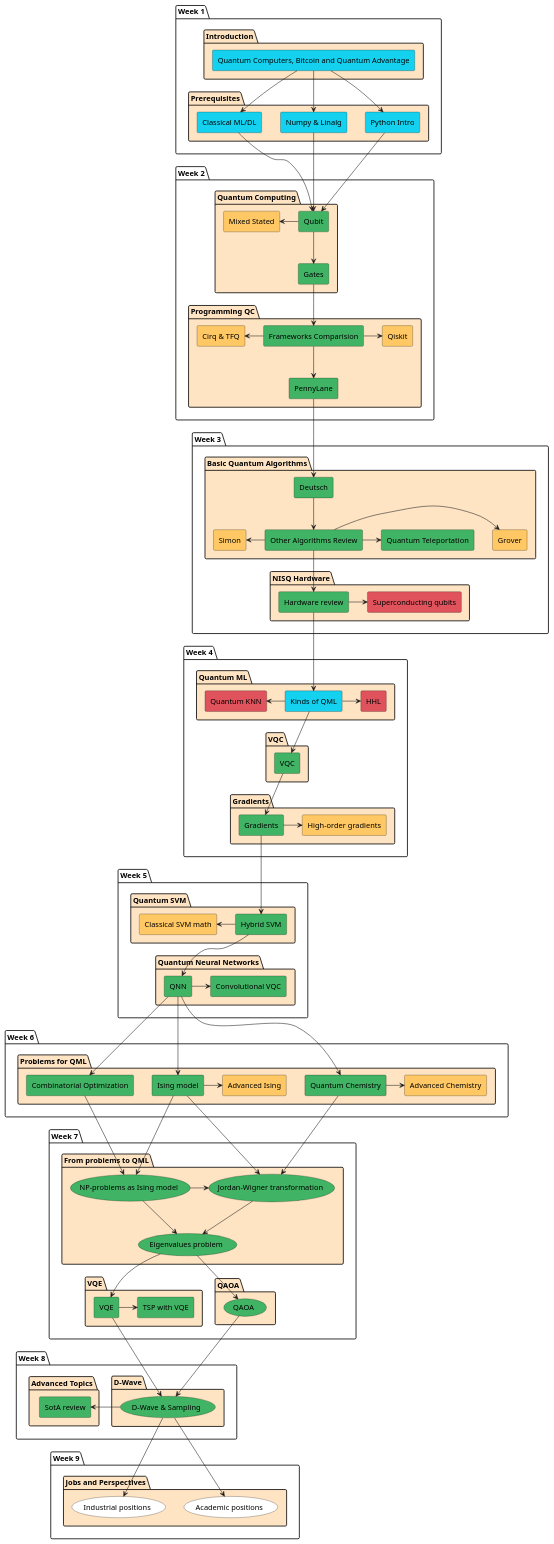
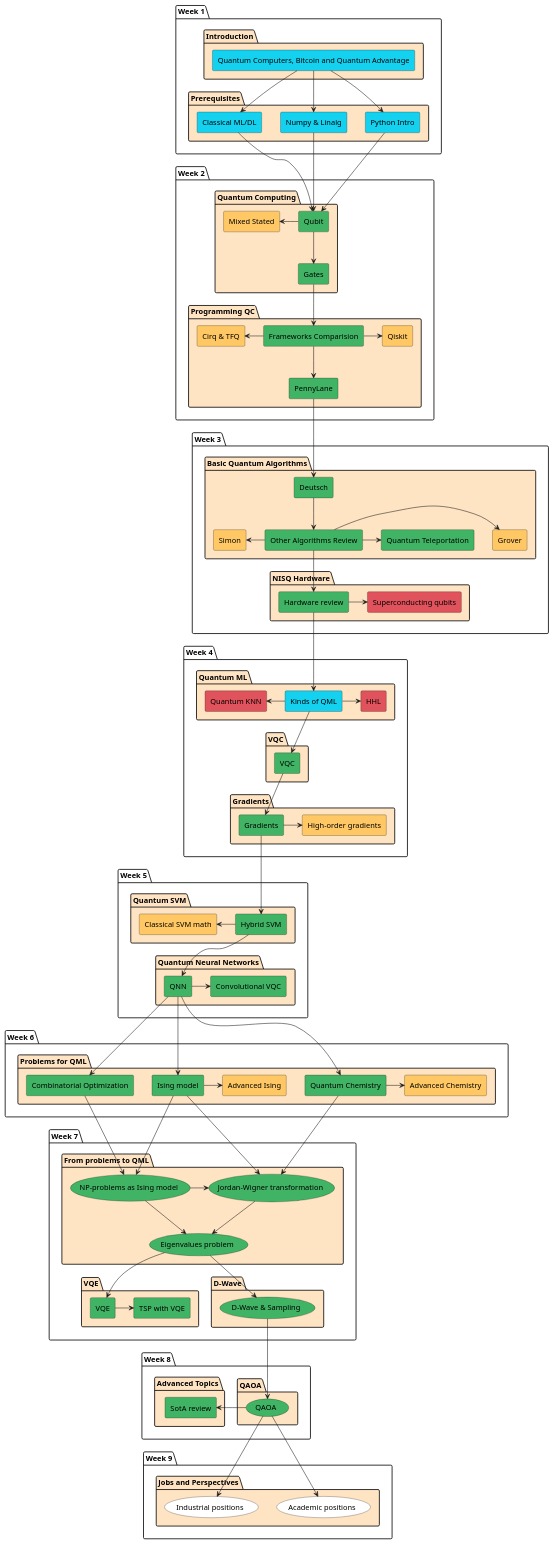
Before and after one commit to quantum-ods/qmlcourse: the diagram in qmlcourseRU/_static/index/program.plantuml, drawn with PlantUML. The commit also changed 1 other file, not shown here.

```diff
--- a/qmlcourseRU/_static/index/program.plantuml
+++ b/qmlcourseRU/_static/index/program.plantuml
@@ -1,189 +1,186 @@
 @startuml
 package "Week 1" {
         package "Introduction" #Bisque {
                 rectangle "Quantum Computers, Bitcoin and Quantum Advantage" as intro1 #14D2EF
         }
 
         package "Prerequisites" #Bisque {
                 rectangle "Python Intro" as python #14D2EF
                 rectangle "Numpy & Linalg" as numpy #14D2EF
                 rectangle "Classical ML/DL" as ml #14D2EF
         }
 }
 
 package "Week 2" {
         package "Quantum Computing" as qci #Bisque {
                 rectangle "Qubit" as qubit #40B464
                 rectangle "Gates" as gates #40B464
                 rectangle "Mixed Stated" as mixed #FFC864
         }
 
         package "Programming QC" #Bisque {
                 rectangle "Frameworks Comparision" as progcomparision #40B464
                 rectangle "PennyLane" as pennylane #40B464
                 rectangle "Qiskit" as qiskit #FFC864
                 rectangle "Cirq & TFQ" as cirq #FFC864
         }
 }
 
 package "Week 3" {
         package "Basic Quantum Algorithms" as qalgo #Bisque {
                 rectangle "Deutsch" as deutsch #40B464
                 rectangle "Other Algorithms Review" as advanced_algos #40B464
                 rectangle "Grover" as grover #FFC864
                 rectangle "Quantum Teleportation" as qtp #40B464
                 rectangle "Simon" as saimon #FFC864
         }
 
         package "NISQ Hardware" #Bisque {
                 rectangle "Hardware review" as review #40B464
                 rectangle "Superconducting qubits" as schard #E0535C
         }
 }
 
 package "Week 4" {
         package "Quantum ML" #Bisque {
                 rectangle "Kinds of QML" as qml_general #14D2EF
                 rectangle "HHL" as hhl #E0535C
                 rectangle "Quantum KNN" as qknn #E0535C
         }
 
         package "VQC" #Bisque {
                 rectangle "VQC" as vqc #40B464
         }
 
         package "Gradients" #Bisque {
                 rectangle "Gradients" as grad #40B464
                 rectangle "High-order gradients" as hograd #FFC864
         }
 }
 
 package "Week 5" {
         package "Quantum SVM" #Bisque {
                 rectangle "Hybrid SVM" as hsvm #40B464
                 rectangle "Classical SVM math" as csvm #FFC864
         }
 
         package "Quantum Neural Networks" #Bisque {
                 rectangle "QNN" as qnn #40B464
                 ' rectangle "Barren plateaus" as barren #FFC864
                 rectangle "Convolutional VQC" as convvqc #40B464
         }
 }
 
 package "Week 6" {
         package "Problems for QML" #Bisque {
                 rectangle "Ising model" as ising #40B464
                 rectangle "Advanced Ising" as aising #FFC864
                 rectangle "Combinatorial Optimization" as copt #40B464
                 rectangle "Quantum Chemistry" as qchem #40B464
                 rectangle "Advanced Chemistry" as aqchem #FFC864
         }
 }
 
 package "Week 7" {
           package "From problems to QML" #Bisque {
                 usecase "NP-problems as Ising model" as npising #40B464
                 usecase "Jordan-Wigner transformation" as jordan #40B464
                 usecase "Eigenvalues problem" as eigenvals #40B464
         }
 
         package "VQE" #Bisque {
                 rectangle "VQE" as vqe #40B464
                 rectangle "TSP with VQE" as tspvqe #40B464
         }
 
-        package "QAOA" #Bisque {
-                usecase "QAOA" as qaoa #40B464
+        package "D-Wave" #Bisque {
+                usecase "D-Wave & Sampling" as dwave #40B464
         }
 }
 
 package "Week 8" {
-        package "D-Wave" #Bisque {
-                usecase "D-Wave & Sampling" as dwave #40B464
+        package "QAOA" #Bisque {
+                usecase "QAOA" as qaoa #40B464
         }
-
         package "Advanced Topics" as adv #Bisque {
                 rectangle "SotA review" as sota #40B464
         }
 }
 
 package "Week 9" {
         package "Jobs and Perspectives" as jobs #Bisque {
                 usecase "Academic positions" as academic #White
                 usecase "Industrial positions" as industrial #White
         }
 }
 
 
 intro1 --> python
 intro1 --> numpy
 intro1 --> ml
 
 python --> qubit
 numpy --> qubit
 ml --> qubit
 
 qubit --> gates
 mixed <- qubit
 
 gates --> progcomparision
 progcomparision --> pennylane
 cirq <- progcomparision
 progcomparision -> qiskit
 
 pennylane --> deutsch
 
 deutsch --> advanced_algos
 advanced_algos -> grover
 advanced_algos -> qtp
 saimon <- advanced_algos
 
 advanced_algos --> review
 review -> schard
 
 review --> qml_general
 
 qml_general -> hhl
 qknn <- qml_general
 
 qml_general --> vqc
 
 vqc --> grad
 grad -> hograd
 
 grad --> hsvm
 ' barren <- qnn
 qnn -> convvqc
 
 hsvm --> qnn
 csvm <- hsvm
 
 qnn --> copt
 qnn --> ising
 qnn --> qchem
 qchem -> aqchem
 qchem --> jordan
 ising -> aising
 ising --> npising
 ising --> jordan
 npising -> jordan
 copt --> npising
 
 npising --> eigenvals
 jordan --> eigenvals
 
 eigenvals --> vqe
-eigenvals --> qaoa
+eigenvals --> dwave
 
 vqe -> tspvqe
 
-qaoa --> dwave
-vqe --> dwave
+dwave --> qaoa
 
-dwave -> sota
-
-dwave --> academic
-dwave --> industrial
+qaoa -> sota
+qaoa --> academic
+qaoa --> industrial
 
 @enduml
```
